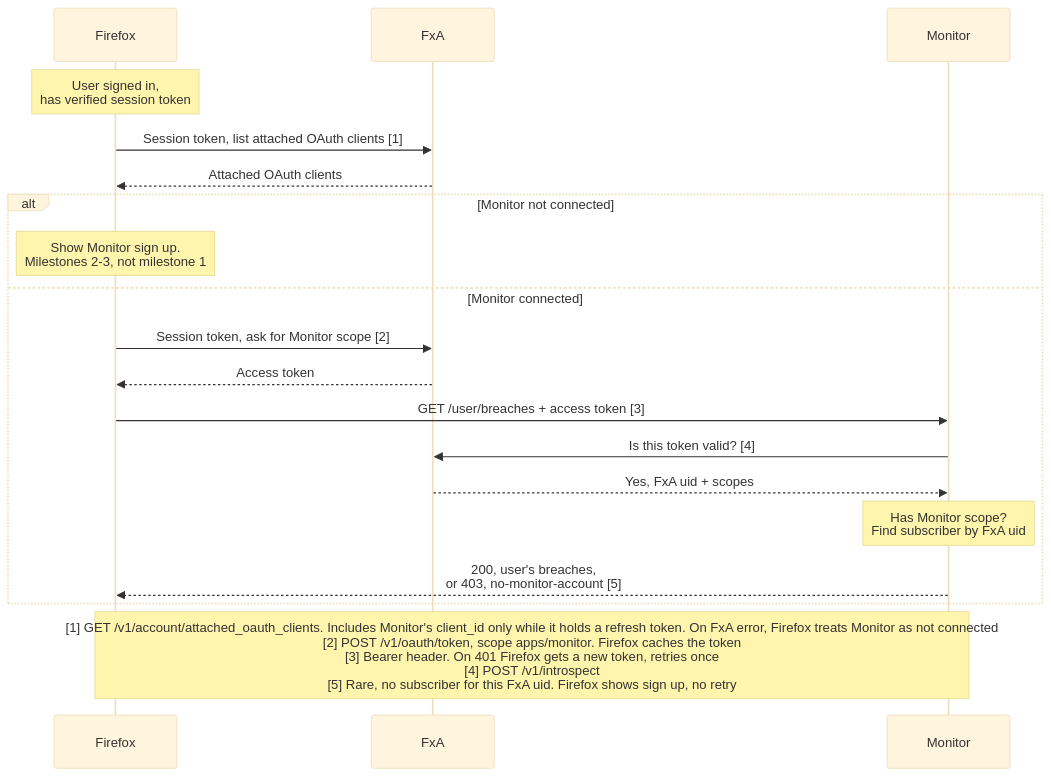
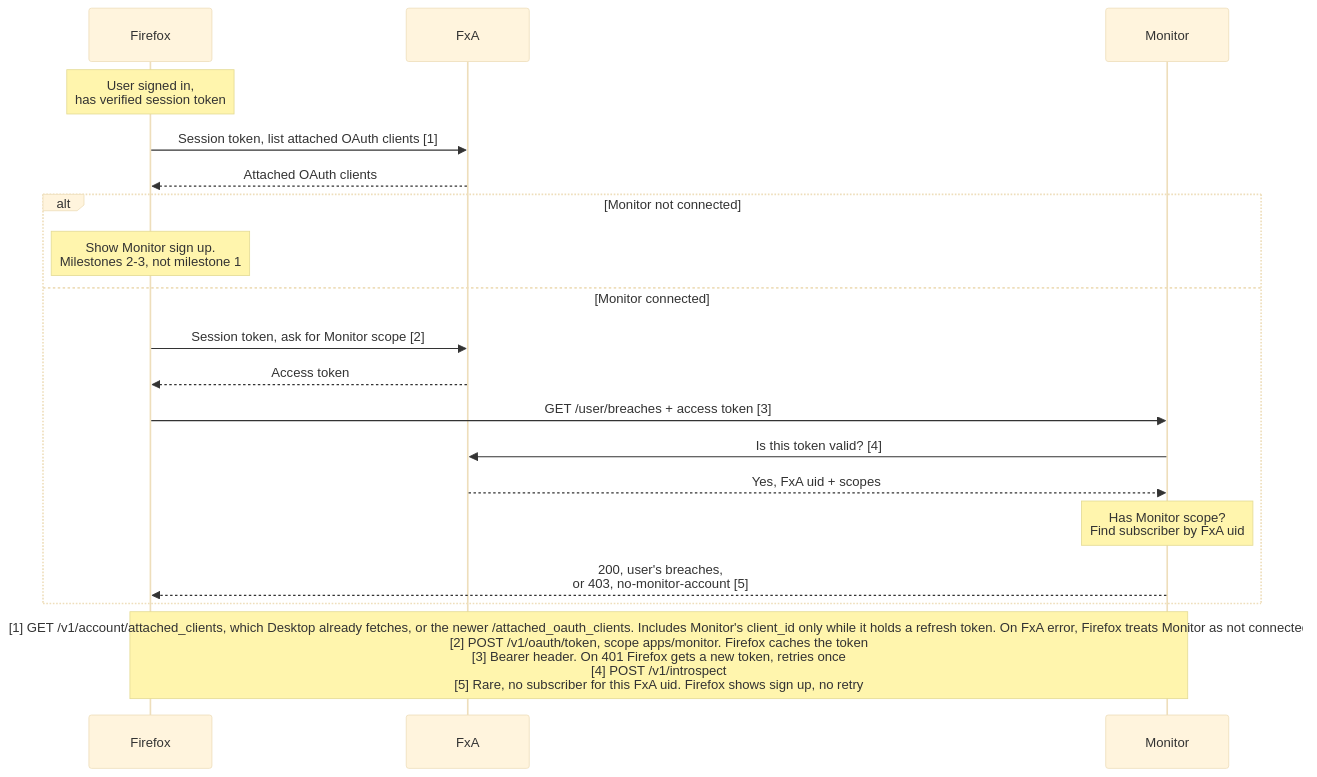
Before and after one commit to mozilla/blurts-server: the diagram in docs/architecture/flows/firefox-api-auth.md, drawn with Mermaid (base theme). The commit also changed other lines of this file, not shown here.

Commit message:
docs(fx-api): name the attached clients endpoint Desktop uses
Desktop fetches /attached_clients today, not /attached_oauth_clients.

````diff
--- a/docs/architecture/flows/firefox-api-auth.md
+++ b/docs/architecture/flows/firefox-api-auth.md
@@ -37,23 +37,23 @@
 ```mermaid
 sequenceDiagram
     participant FE as Firefox
     participant FxA
     participant BE as Monitor
 
     Note over FE: User signed in,<br/>has verified session token
     FE->>FxA: Session token, list attached OAuth clients [1]
     FxA-->>FE: Attached OAuth clients
     alt Monitor not connected
         Note over FE: Show Monitor sign up.<br/>Milestones 2-3, not milestone 1
     else Monitor connected
         FE->>FxA: Session token, ask for Monitor scope [2]
         FxA-->>FE: Access token
         FE->>BE: GET /user/breaches + access token [3]
         BE->>FxA: Is this token valid? [4]
         FxA-->>BE: Yes, FxA uid + scopes
         Note over BE: Has Monitor scope?<br/>Find subscriber by FxA uid
         BE-->>FE: 200, user's breaches,<br/>or 403, no-monitor-account [5]
     end
 
-    Note over FE,BE: [1] GET /v1/account/attached_oauth_clients. Includes Monitor's client_id only while it holds a refresh token. On FxA error, Firefox treats Monitor as not connected<br/>[2] POST /v1/oauth/token, scope apps/monitor. Firefox caches the token<br/>[3] Bearer header. On 401 Firefox gets a new token, retries once<br/>[4] POST /v1/introspect<br/>[5] Rare, no subscriber for this FxA uid. Firefox shows sign up, no retry
+    Note over FE,BE: [1] GET /v1/account/attached_clients, which Desktop already fetches, or the newer /attached_oauth_clients. Includes Monitor's client_id only while it holds a refresh token. On FxA error, Firefox treats Monitor as not connected<br/>[2] POST /v1/oauth/token, scope apps/monitor. Firefox caches the token<br/>[3] Bearer header. On 401 Firefox gets a new token, retries once<br/>[4] POST /v1/introspect<br/>[5] Rare, no subscriber for this FxA uid. Firefox shows sign up, no retry
 ```
````
